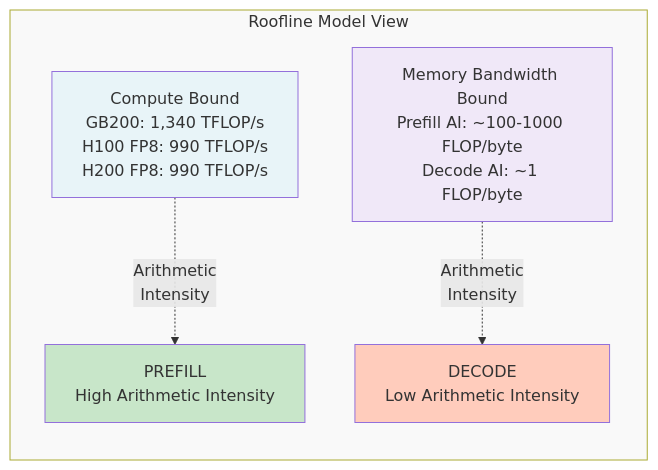
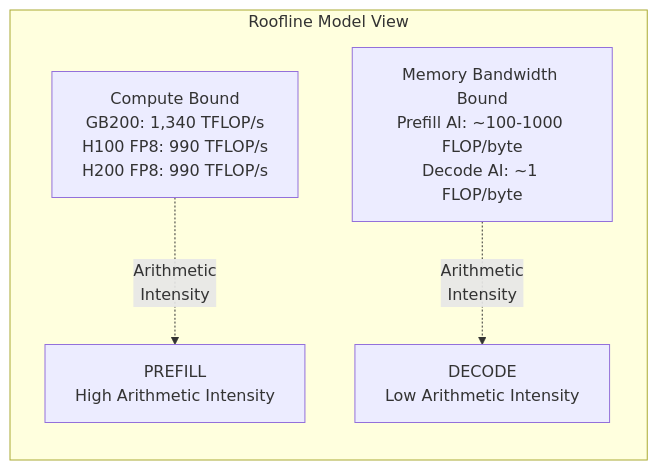
Before and after one commit to farhanshaikh-fslabs/anatomy-of-inference-serving: the third of 39 diagrams in README.md, drawn with Mermaid. The commit also changed other lines of this file, not shown here.

````diff
--- a/README.md
+++ b/README.md
@@ -167,19 +167,19 @@
 ```mermaid
 graph TB
     subgraph roof["Roofline Model View"]
         direction TB
         compute["Compute Bound<br/>GB200: 1,340 TFLOP/s<br/>H100 FP8: 990 TFLOP/s<br/>H200 FP8: 990 TFLOP/s"]
         mem["Memory Bandwidth Bound<br/>Prefill AI: ~100-1000 FLOP/byte<br/>Decode AI: ~1 FLOP/byte"]
         prefill["PREFILL<br/>High Arithmetic Intensity"]
         decode["DECODE<br/>Low Arithmetic Intensity"]
         
         compute -.->|Arithmetic<br/>Intensity| prefill
         mem -.->|Arithmetic<br/>Intensity| decode
     end
     
-    style roof fill:#f9f9f9
-    style compute fill:#e8f4f8
-    style mem fill:#f0e8f8
-    style prefill fill:#c8e6c9
-    style decode fill:#ffccbc
+
+
+
+
+
 ```
````
